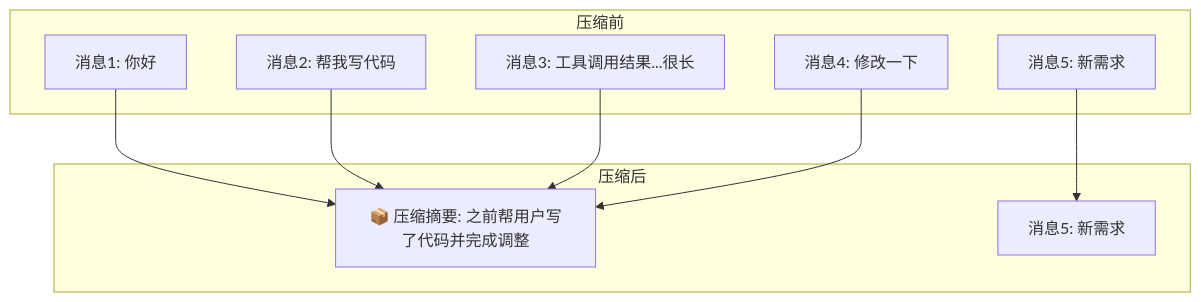
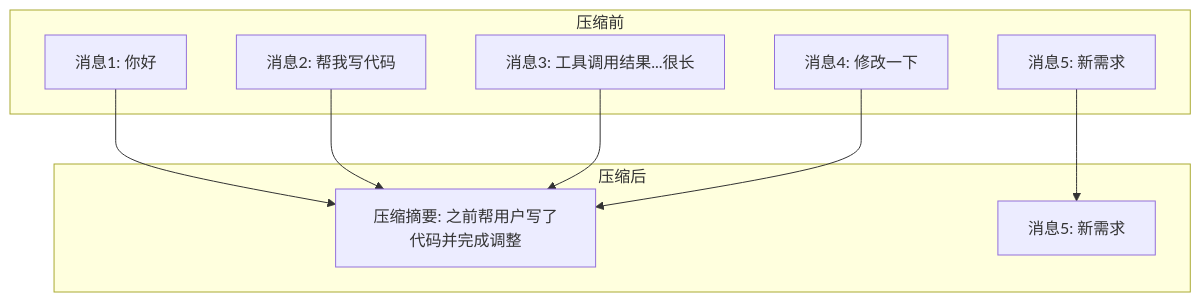
The diagram in docs/cli/quick_start_zh.md (lllyyysss77/ReMe), drawn with Mermaid before and after one commit. The commit also changed other lines of this file, not shown here.

````diff
--- a/docs/cli/quick_start_zh.md
+++ b/docs/cli/quick_start_zh.md
@@ -266,21 +263,21 @@
 ```mermaid
 graph TB
     subgraph 压缩前
         A1[消息1: 你好]
         A2[消息2: 帮我写代码]
         A3[消息3: 工具调用结果...很长]
         A4[消息4: 修改一下]
         A5[消息5: 新需求]
     end
 
     subgraph 压缩后
-        B1[📦 压缩摘要: 之前帮用户写了代码并完成调整]
+        B1[压缩摘要: 之前帮用户写了代码并完成调整]
         B2[消息5: 新需求]
     end
 
     A1 --> B1
     A2 --> B1
     A3 --> B1
     A4 --> B1
     A5 --> B2
 ```
````
